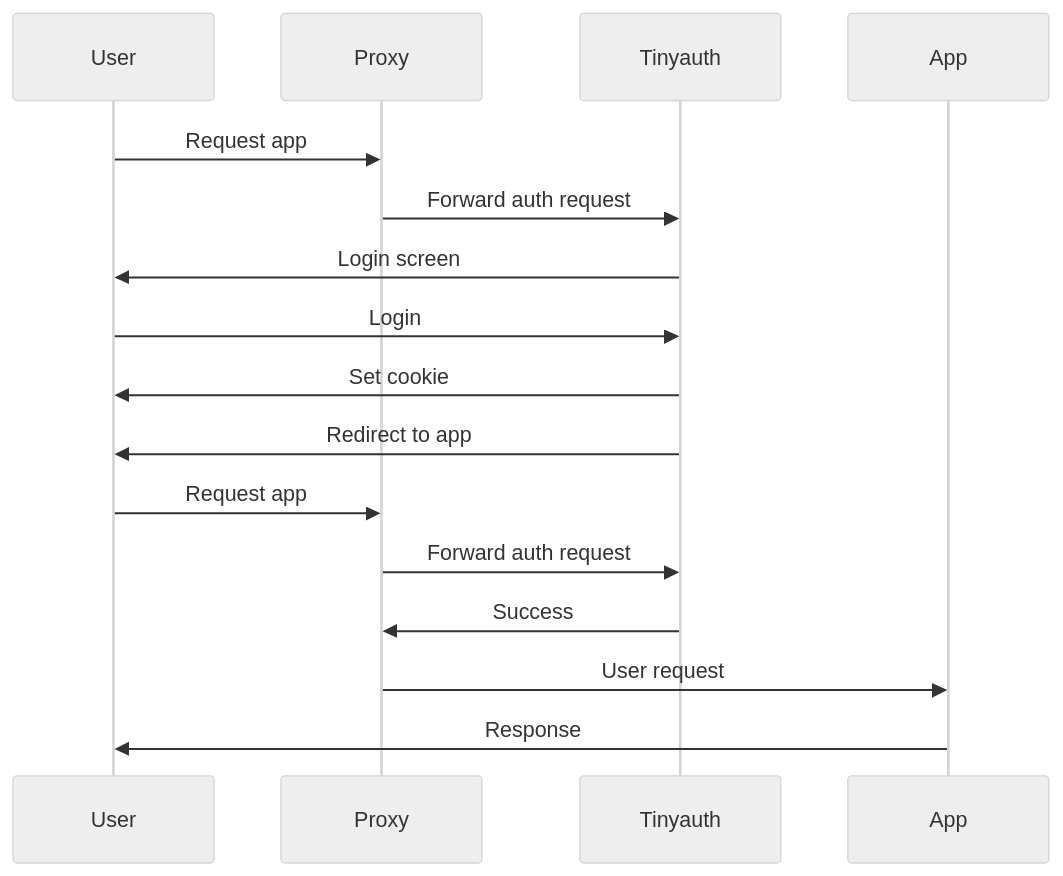
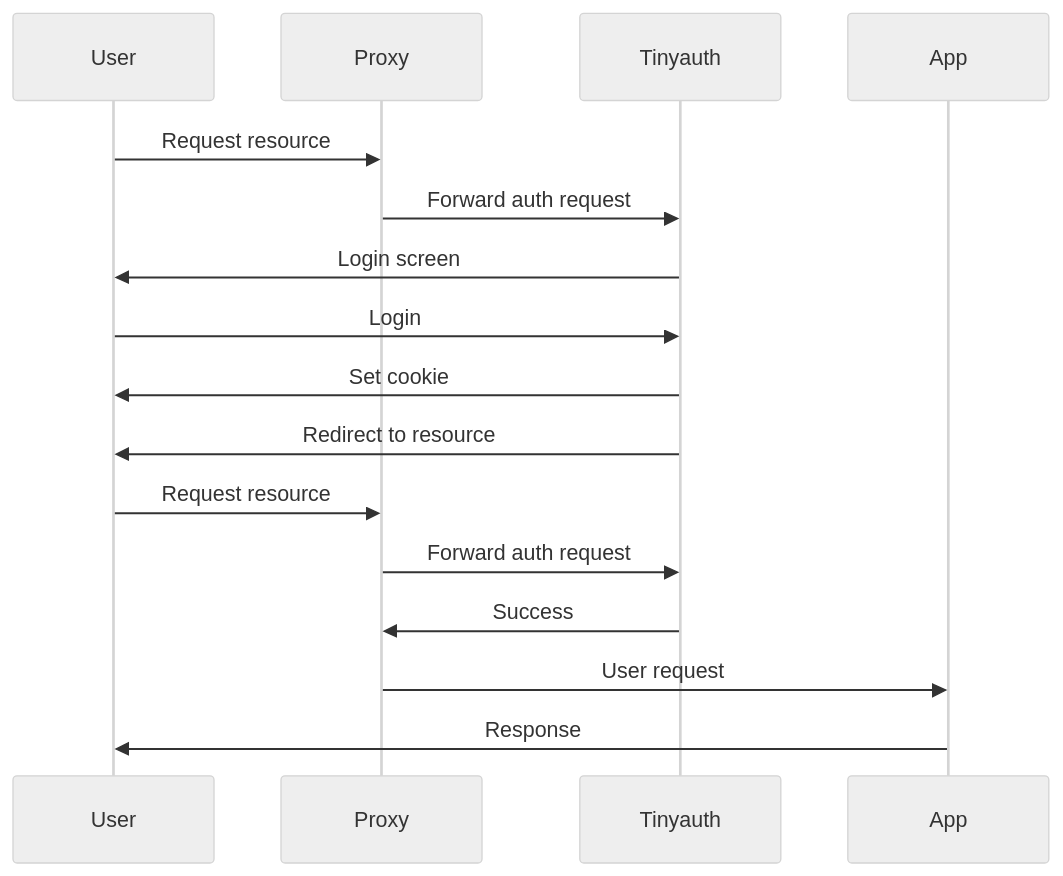
Before and after one commit to steveiliop56/tinyauth-docs: the diagram in content/docs/reference/flow.md, drawn with Mermaid (neutral theme). The commit also changed other lines of this file and 15 other files, not shown here.

````diff
--- a/content/docs/reference/flow.md
+++ b/content/docs/reference/flow.md
@@ -10,14 +8,14 @@
 ```mermaid
 sequenceDiagram
-    User->>Proxy: Request app
+    User->>Proxy: Request resource
     Proxy->>Tinyauth: Forward auth request
     Tinyauth->>User: Login screen
     User->>Tinyauth: Login
     Tinyauth->>User: Set cookie
-    Tinyauth->>User: Redirect to app
-    User->>Proxy: Request app
+    Tinyauth->>User: Redirect to resource
+    User->>Proxy: Request resource
     Proxy->>Tinyauth: Forward auth request
     Tinyauth->>Proxy: Success
     Proxy->>App: User request
     App->>User: Response
 ```
````
